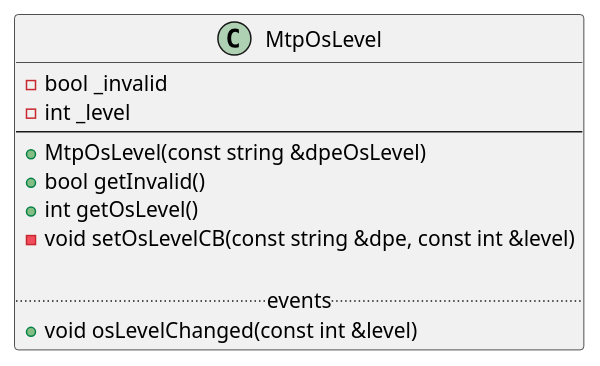
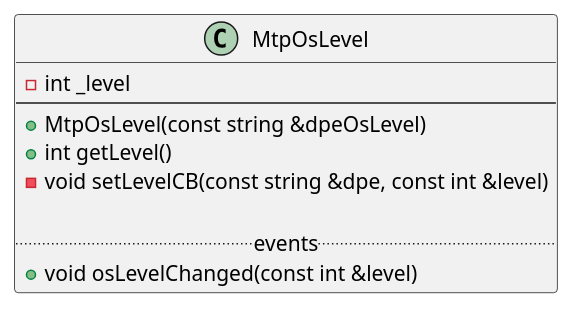
Before and after one commit to winccoa/winccoa-ae-ctrl-mtpimporter: the diagram in source/Hilfsklassen/ViewModel/MtpOsLevel.puml, drawn with PlantUML. The commit also changed 3 other files, not shown here.

Commit message:
chore: helper classes classdiagrams updated

```diff
--- a/source/Hilfsklassen/ViewModel/MtpOsLevel.puml
+++ b/source/Hilfsklassen/ViewModel/MtpOsLevel.puml
@@ -1,14 +1,12 @@
 @startuml
 class MtpOsLevel {
-    - bool _invalid
     - int _level
 --
     + MtpOsLevel(const string &dpeOsLevel)
-    + bool getInvalid()
-    + int getOsLevel()
-    - void setOsLevelCB(const string &dpe, const int &level)
+    + int getLevel()
+    - void setLevelCB(const string &dpe, const int &level)
 
     ..events..
     + void osLevelChanged(const int &level)
 }
 @enduml
```
